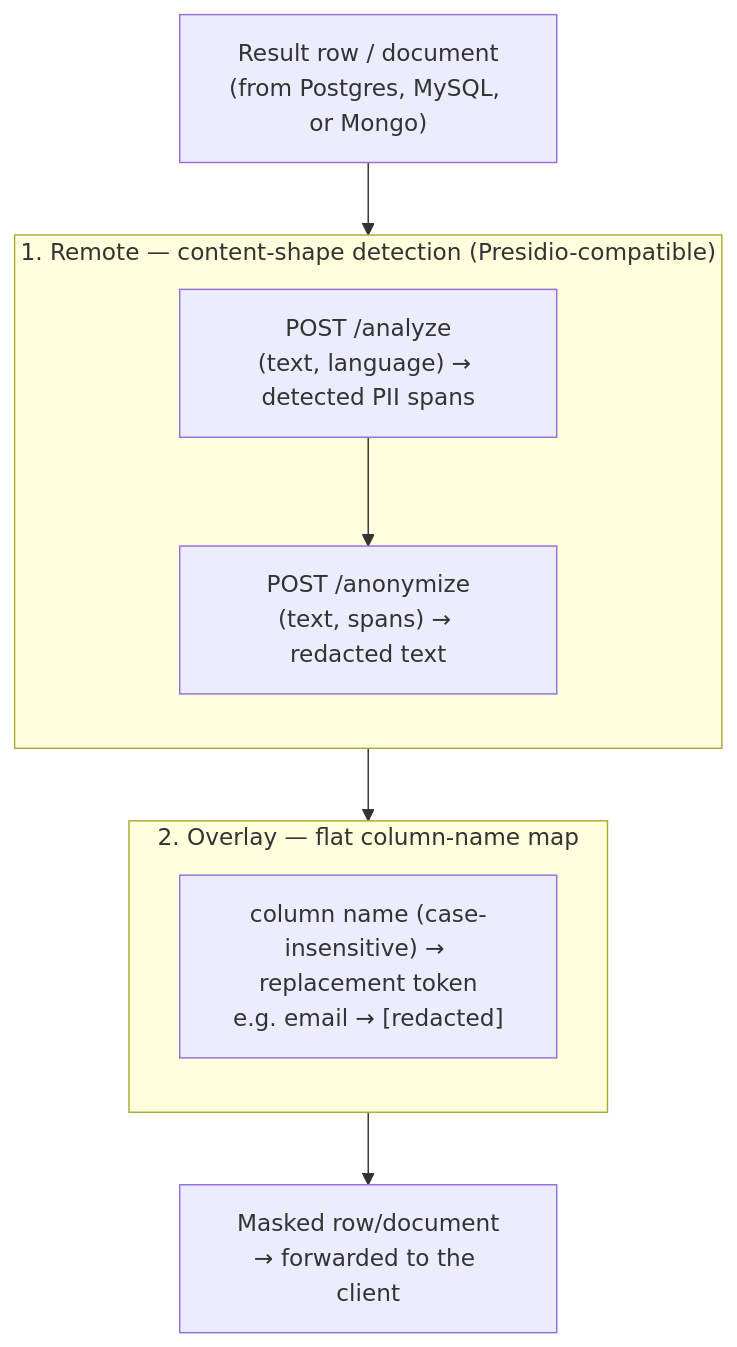
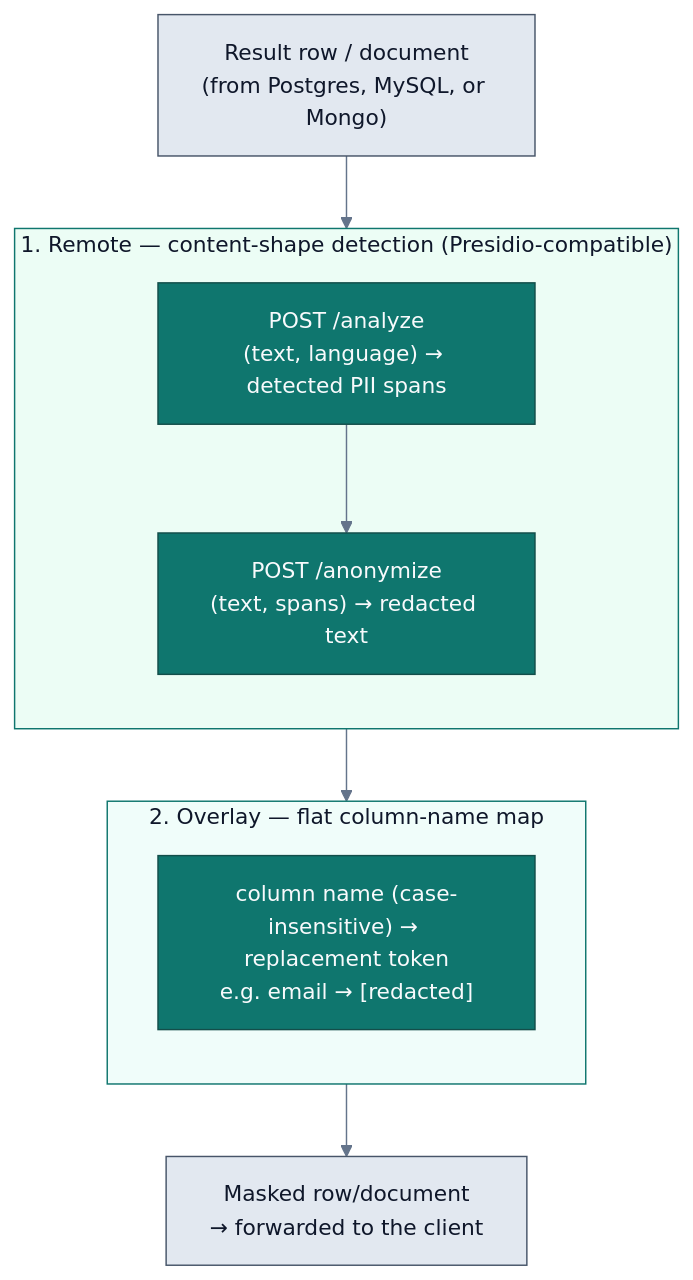
The third of 3 diagrams in README.md (curlix-io/skybridge), drawn with Mermaid before and after one commit. The commit also changed other lines of this file and 44 other files, not shown here.

````diff
--- a/README.md
+++ b/README.md
@@ -253,22 +274,30 @@
 ```mermaid
+%%{init: {"theme": "base", "themeVariables": {"primaryColor": "#0f766e", "primaryTextColor": "#f8fafc", "primaryBorderColor": "#134e4a", "lineColor": "#64748b", "fontSize": "15px"}}}%%
 flowchart TD
     row["Result row / document<br/>(from Postgres, MySQL, or Mongo)"]
 
     row --> remote
 
     subgraph remote["1. Remote — content-shape detection (Presidio-compatible)"]
         direction TB
         r1["POST /analyze<br/>(text, language) → detected PII spans"]
         r2["POST /anonymize<br/>(text, spans) → redacted text"]
         r1 --> r2
     end
 
     remote --> overlay
 
     subgraph overlay["2. Overlay — flat column-name map"]
         direction TB
         o1["column name (case-insensitive) → replacement token<br/>e.g. email → [redacted]"]
     end
 
     overlay --> out["Masked row/document<br/>→ forwarded to the client"]
+
+    classDef io fill:#e2e8f0,stroke:#475569,color:#0f172a
+    classDef step fill:#0f766e,stroke:#134e4a,color:#f8fafc
+    class row,out io
+    class r1,r2,o1 step
+    style remote fill:#ecfdf5,stroke:#0f766e,color:#0f172a
+    style overlay fill:#f0fdfa,stroke:#0f766e,color:#0f172a
 ```
````
